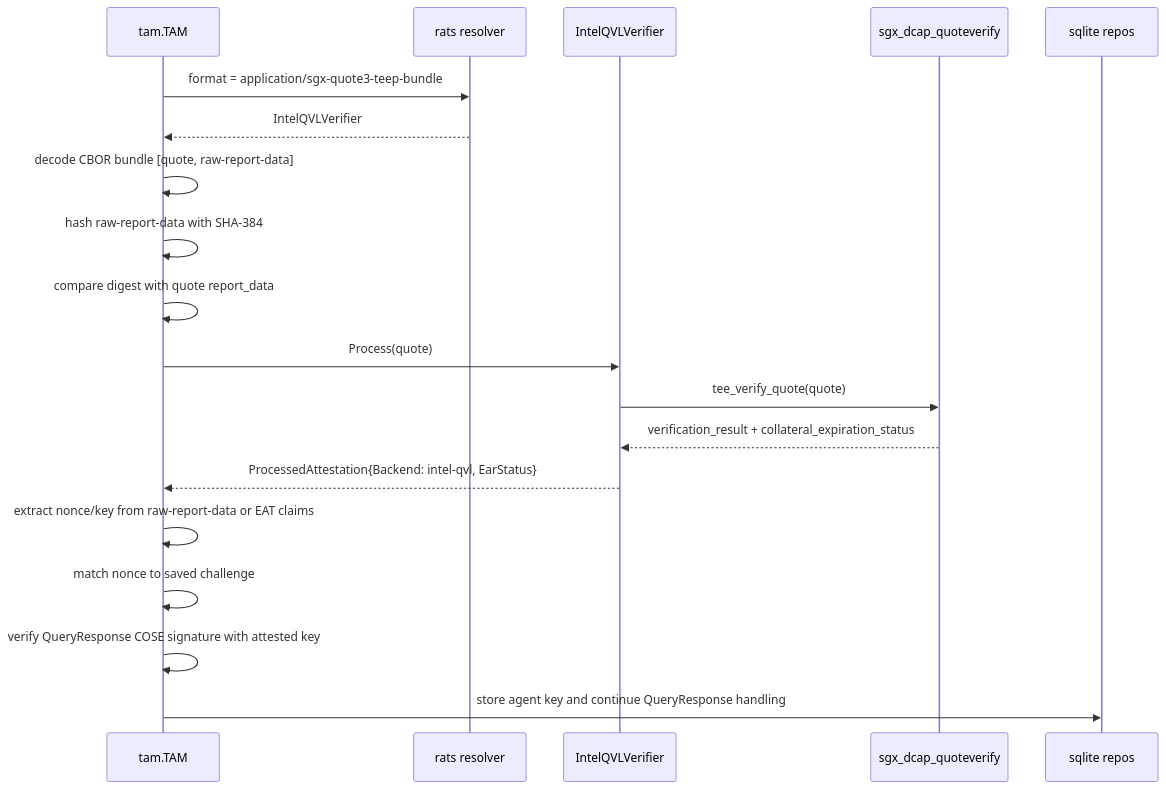
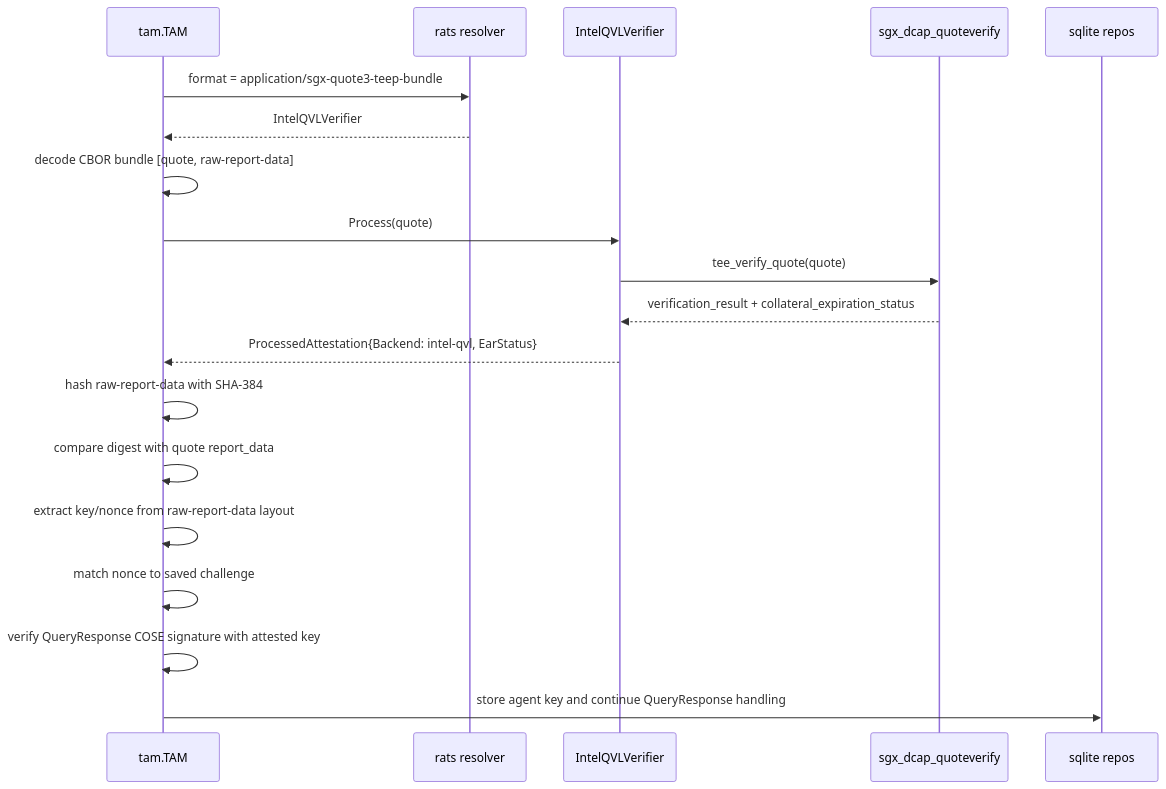
One commit to kentakayama/AttesTAM changed the fourth of 4 diagrams in doc/INTERNAL_DESIGN.md. Above: the diagram before and after it, drawn with Mermaid. The commit also changed other lines of this file and 7 other files, not shown here.

Commit message:
refactor: PSA Attestation Token, Generic EAT Evidence, SGX Quote pathes.

````diff
--- a/doc/INTERNAL_DESIGN.md
+++ b/doc/INTERNAL_DESIGN.md
@@ -146,22 +150,22 @@
 ```mermaid
 sequenceDiagram
     participant T as tam.TAM
     participant R as rats resolver
     participant I as IntelQVLVerifier
     participant D as sgx_dcap_quoteverify
     participant DB as sqlite repos
 
     T->>R: format = application/sgx-quote3-teep-bundle
     R-->>T: IntelQVLVerifier
     T->>T: decode CBOR bundle [quote, raw-report-data]
-    T->>T: hash raw-report-data with SHA-384
-    T->>T: compare digest with quote report_data
     T->>I: Process(quote)
     I->>D: tee_verify_quote(quote)
     D-->>I: verification_result + collateral_expiration_status
     I-->>T: ProcessedAttestation{Backend: intel-qvl, EarStatus}
-    T->>T: extract nonce/key from raw-report-data or EAT claims
+    T->>T: hash raw-report-data with SHA-384
+    T->>T: compare digest with quote report_data
+    T->>T: extract key/nonce from raw-report-data layout
     T->>T: match nonce to saved challenge
     T->>T: verify QueryResponse COSE signature with attested key
     T->>DB: store agent key and continue QueryResponse handling
 ```
````
